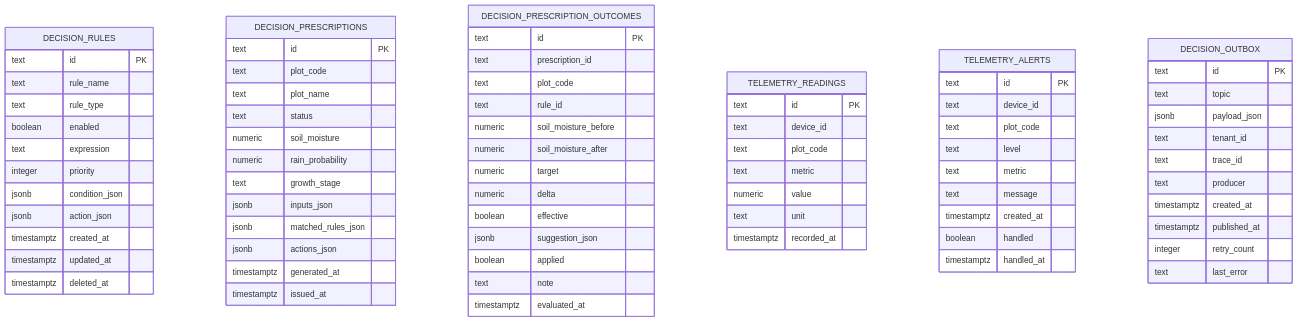
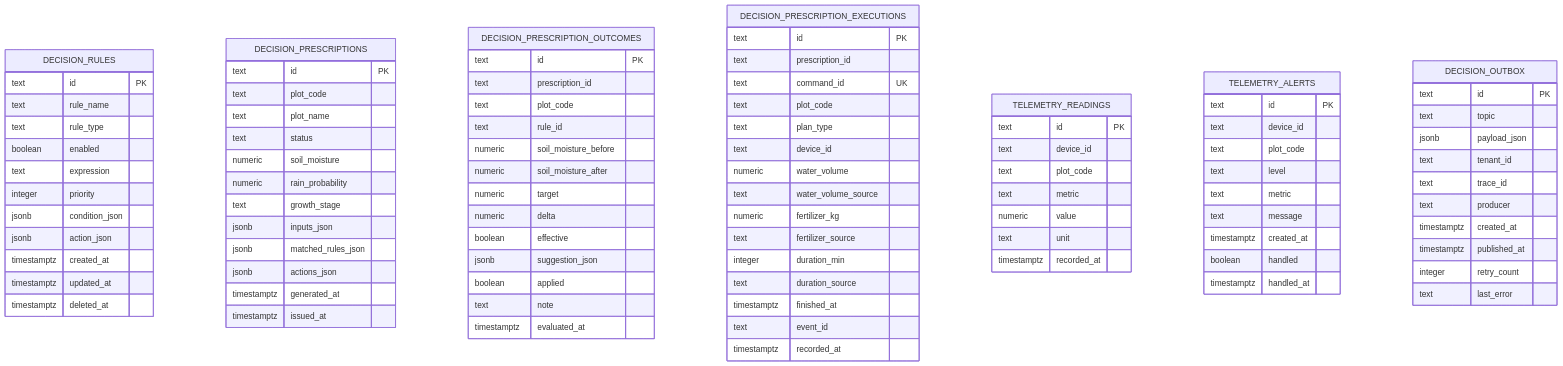
Diagram 12 of 14 in .qoder/repowiki/zh/content/核心服务文档/智能决策服务/智能决策服务.md (q446328246/agri-platform), drawn with Mermaid before and after one commit. The commit also changed other lines of this file and 35 other files, not shown here.

```diff
--- a/.qoder/repowiki/zh/content/核心服务文档/智能决策服务/智能决策服务.md
+++ b/.qoder/repowiki/zh/content/核心服务文档/智能决策服务/智能决策服务.md
@@ -631,6 +796,23 @@
 text note
 timestamptz evaluated_at
 }
+DECISION_PRESCRIPTION_EXECUTIONS {
+text id PK
+text prescription_id
+text command_id UK
+text plot_code
+text plan_type
+text device_id
+numeric water_volume
+text water_volume_source
+numeric fertilizer_kg
+text fertilizer_source
+integer duration_min
+text duration_source
+timestamptz finished_at
+text event_id
+timestamptz recorded_at
+}
 TELEMETRY_READINGS {
 text id PK
 text device_id
```
